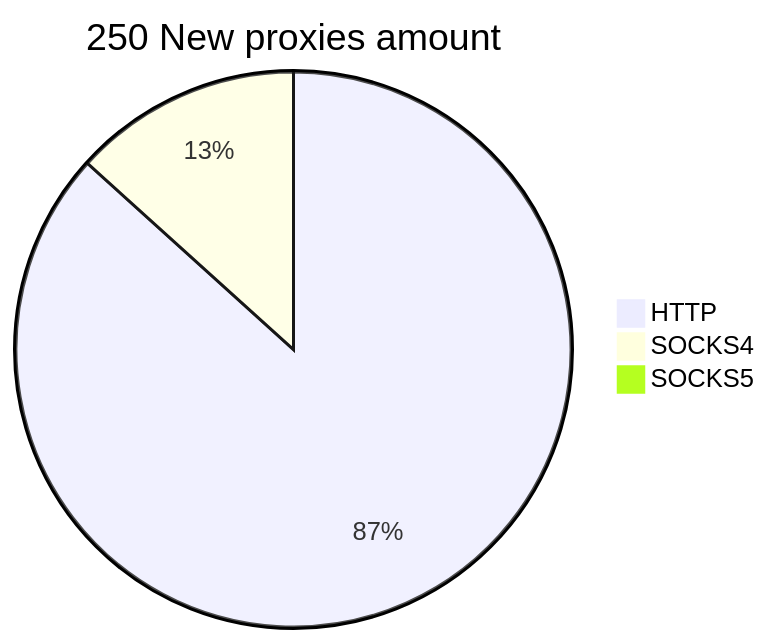
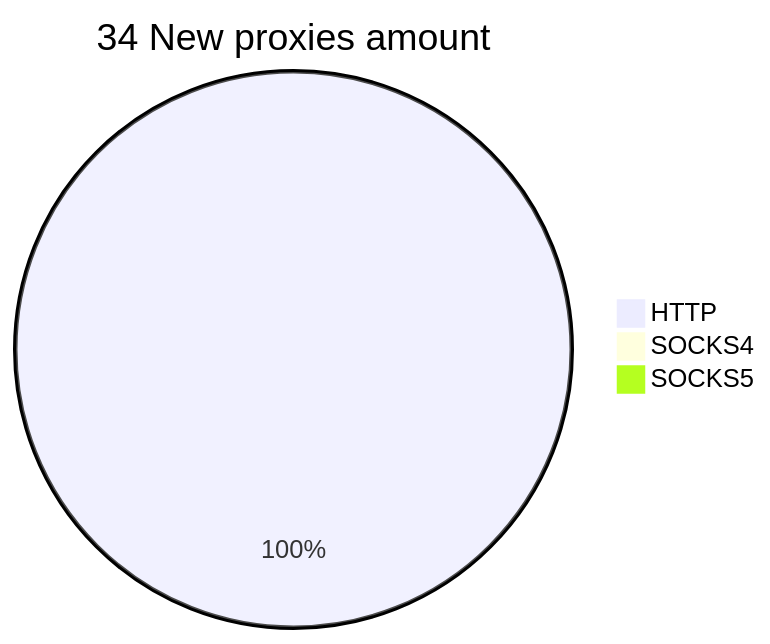
One commit to cutipu/proxylist changed the second of 2 diagrams in README.md. Above: the diagram before and after it, drawn with Mermaid. The commit also changed other lines of this file, not shown here.

````diff
--- a/README.md
+++ b/README.md
@@ -10,6 +10,6 @@
 ```mermaid
-pie title 250 New proxies amount
-    "HTTP" : 228
-    "SOCKS4" : 35
+pie title 34 New proxies amount
+    "HTTP" : 105
+    "SOCKS4" : 0
     "SOCKS5" : 0
 ```
````
